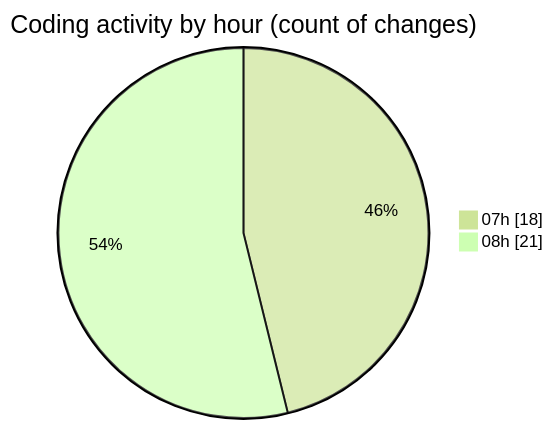
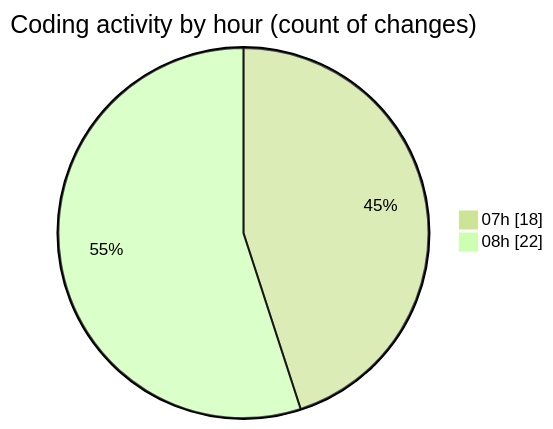
The second of 2 diagrams in 2025-02-03/mbc-web/README.md (robertbonfada/code-tracking), drawn with Mermaid (forest theme) before and after one commit. The commit also changed other lines of this file and 1 other file, not shown here.

````diff
--- a/2025-02-03/mbc-web/README.md
+++ b/2025-02-03/mbc-web/README.md
@@ -34,6 +34,6 @@
 ```mermaid
 pie showData
 title Coding activity by hour (count of changes)
 "07h" : 18
-"08h" : 21
+"08h" : 22
 ```
````
